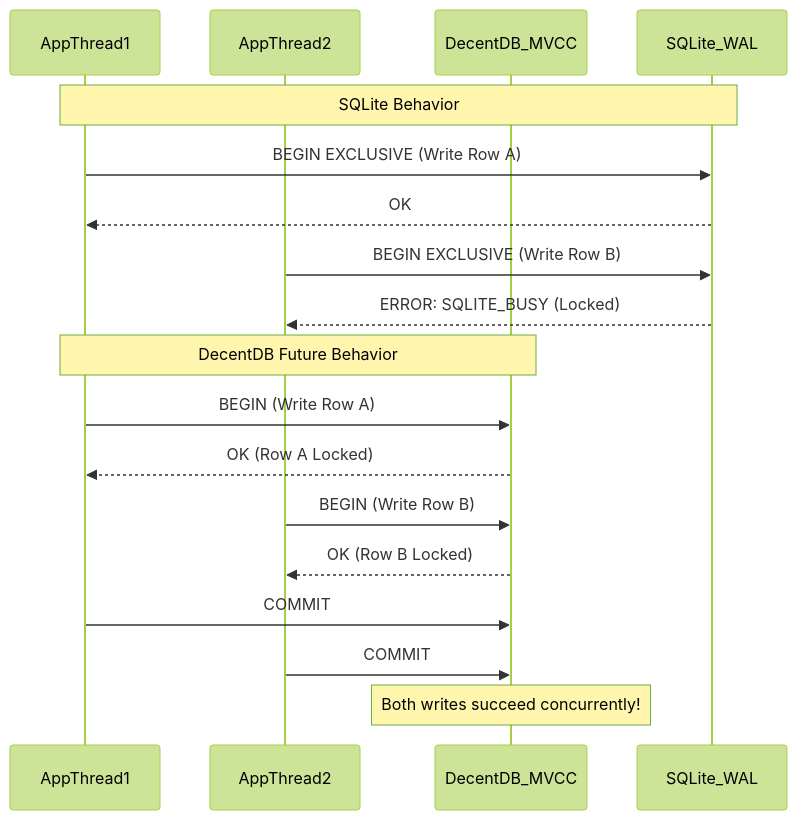
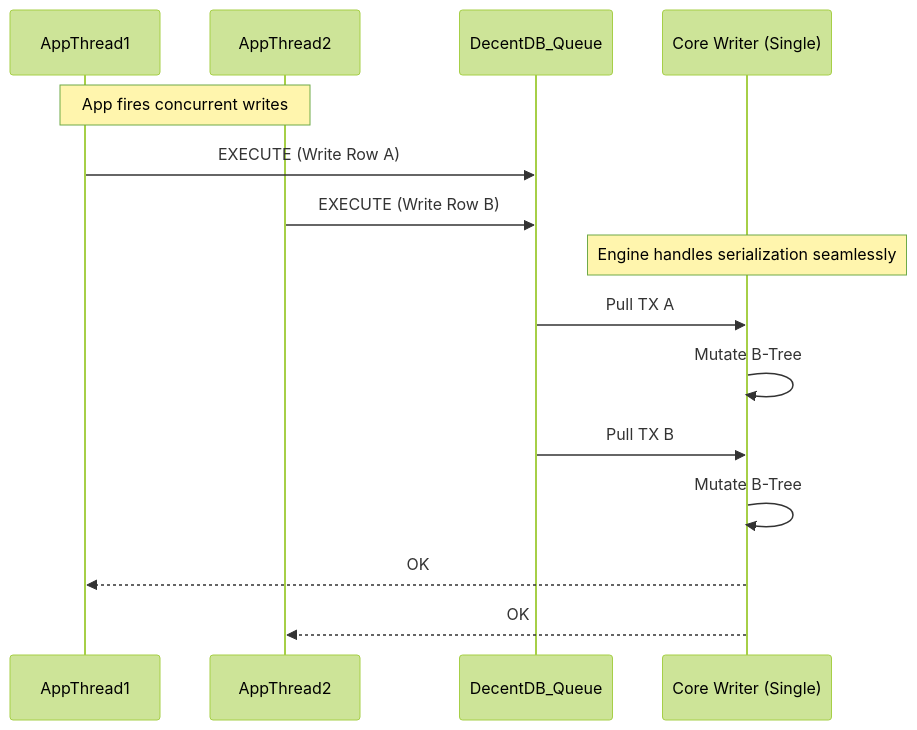
One commit to sphildreth/decentdb changed the second of 6 diagrams in design/DECENTDB_FUTURE_WINS.md. Above: the diagram before and after it, drawn with Mermaid (forest theme). The commit also changed other lines of this file and 8 other files, not shown here.

````diff
--- a/design/DECENTDB_FUTURE_WINS.md
+++ b/design/DECENTDB_FUTURE_WINS.md
@@ -60,22 +68,18 @@
 ```mermaid
 sequenceDiagram
     participant AppThread1
     participant AppThread2
-    participant DecentDB_MVCC
-    participant SQLite_WAL
+    participant DecentDB_Queue
+    participant Core_Writer as Core Writer (Single)
 
-    Note over AppThread1, SQLite_WAL: SQLite Behavior
-    AppThread1->>SQLite_WAL: BEGIN EXCLUSIVE (Write Row A)
-    SQLite_WAL-->>AppThread1: OK
-    AppThread2->>SQLite_WAL: BEGIN EXCLUSIVE (Write Row B)
-    SQLite_WAL-->>AppThread2: ERROR: SQLITE_BUSY (Locked)
-
-    Note over AppThread1, DecentDB_MVCC: DecentDB Future Behavior
-    AppThread1->>DecentDB_MVCC: BEGIN (Write Row A)
-    DecentDB_MVCC-->>AppThread1: OK (Row A Locked)
-    AppThread2->>DecentDB_MVCC: BEGIN (Write Row B)
-    DecentDB_MVCC-->>AppThread2: OK (Row B Locked)
-    AppThread1->>DecentDB_MVCC: COMMIT
-    AppThread2->>DecentDB_MVCC: COMMIT
-    Note over DecentDB_MVCC: Both writes succeed concurrently!
+    Note over AppThread1, AppThread2: App fires concurrent writes
+    AppThread1->>DecentDB_Queue: EXECUTE (Write Row A)
+    AppThread2->>DecentDB_Queue: EXECUTE (Write Row B)
+    Note over Core_Writer: Engine handles serialization seamlessly
+    DecentDB_Queue->>Core_Writer: Pull TX A
+    Core_Writer->>Core_Writer: Mutate B-Tree
+    DecentDB_Queue->>Core_Writer: Pull TX B
+    Core_Writer->>Core_Writer: Mutate B-Tree
+    Core_Writer-->>AppThread1: OK
+    Core_Writer-->>AppThread2: OK
 ```
````
